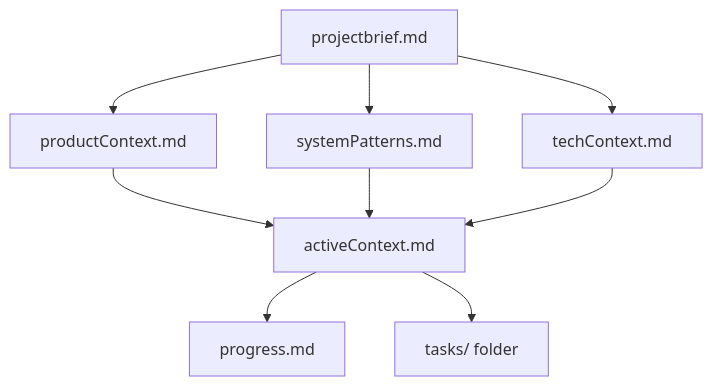
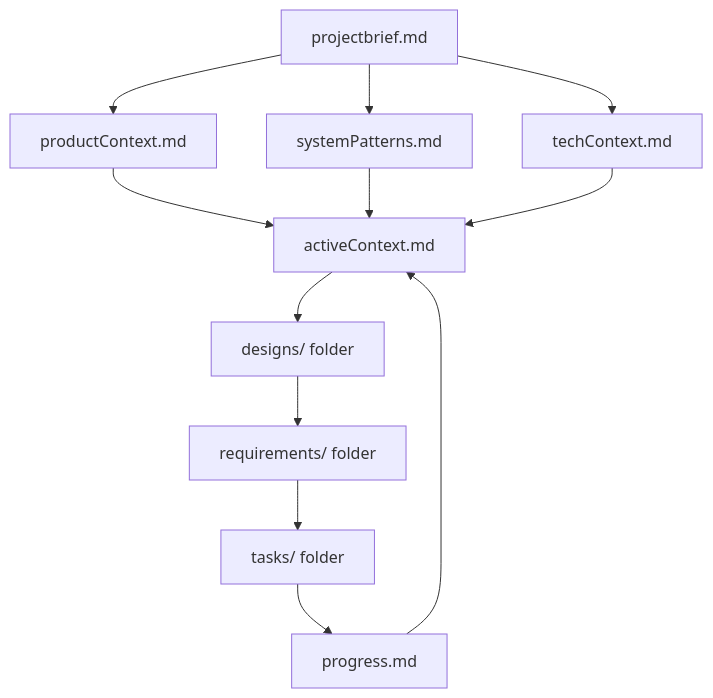
The first of 6 diagrams in .github/instructions/memory-bank.instructions.md (ssdeanx/Genkit-UI), drawn with Mermaid before and after one commit. The commit also changed other lines of this file and 39 other files, not shown here.

````diff
--- a/.github/instructions/memory-bank.instructions.md
+++ b/.github/instructions/memory-bank.instructions.md
@@ -29,13 +49,17 @@
 ```mermaid
 flowchart TD
     PB[projectbrief.md] --> PC[productContext.md]
     PB --> SP[systemPatterns.md]
     PB --> TC[techContext.md]
 
     PC --> AC[activeContext.md]
     SP --> AC
     TC --> AC
 
-    AC --> P[progress.md]
-    AC --> TF[tasks/ folder]
+    AC --> DF[designs/ folder]
+    DF --> RF[requirements/ folder]
+    RF --> TF[tasks/ folder]
+    TF --> P[progress.md]
+
+    P --> AC
 ```
````
